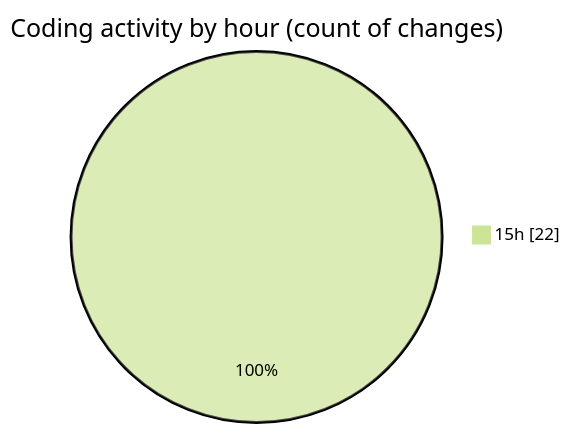
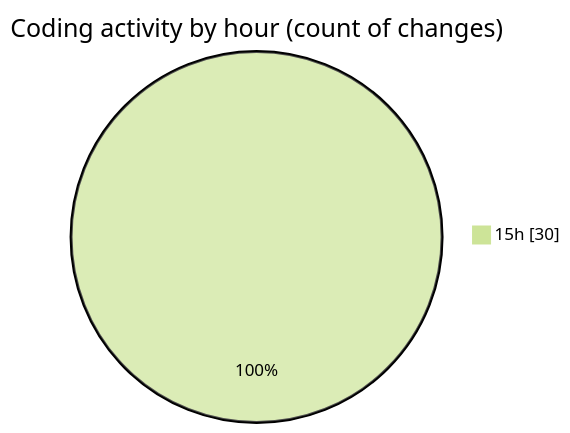
Before and after one commit to IJAZ3593/code-tracking: the second of 2 diagrams in 2025-09-01/project_3/README.md, drawn with Mermaid (forest theme). The commit also changed other lines of this file and 1 other file, not shown here.

````diff
--- a/2025-09-01/project_3/README.md
+++ b/2025-09-01/project_3/README.md
@@ -36,5 +36,5 @@
 ```mermaid
 pie showData
 title Coding activity by hour (count of changes)
-"15h" : 22
+"15h" : 30
 ```
````
